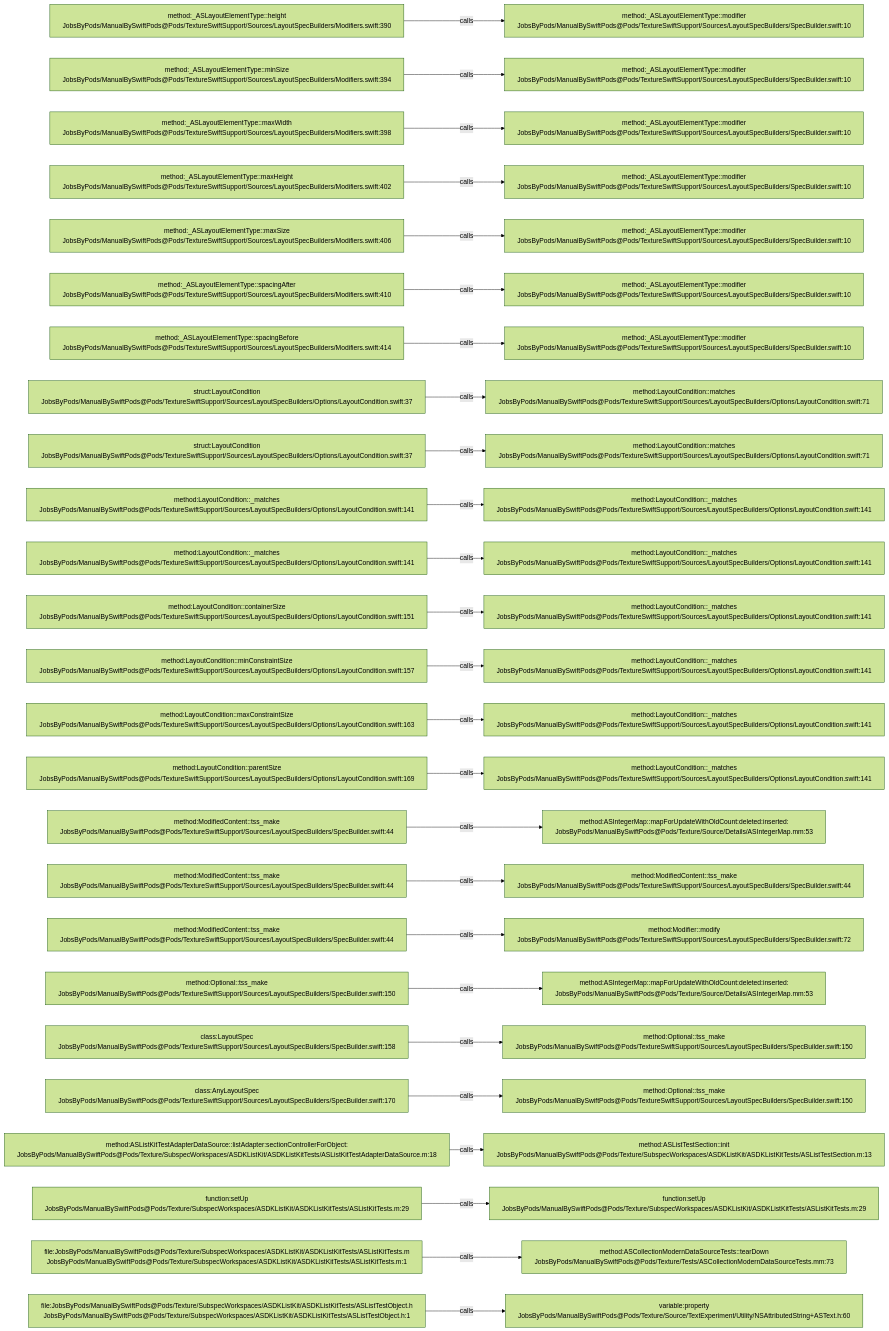
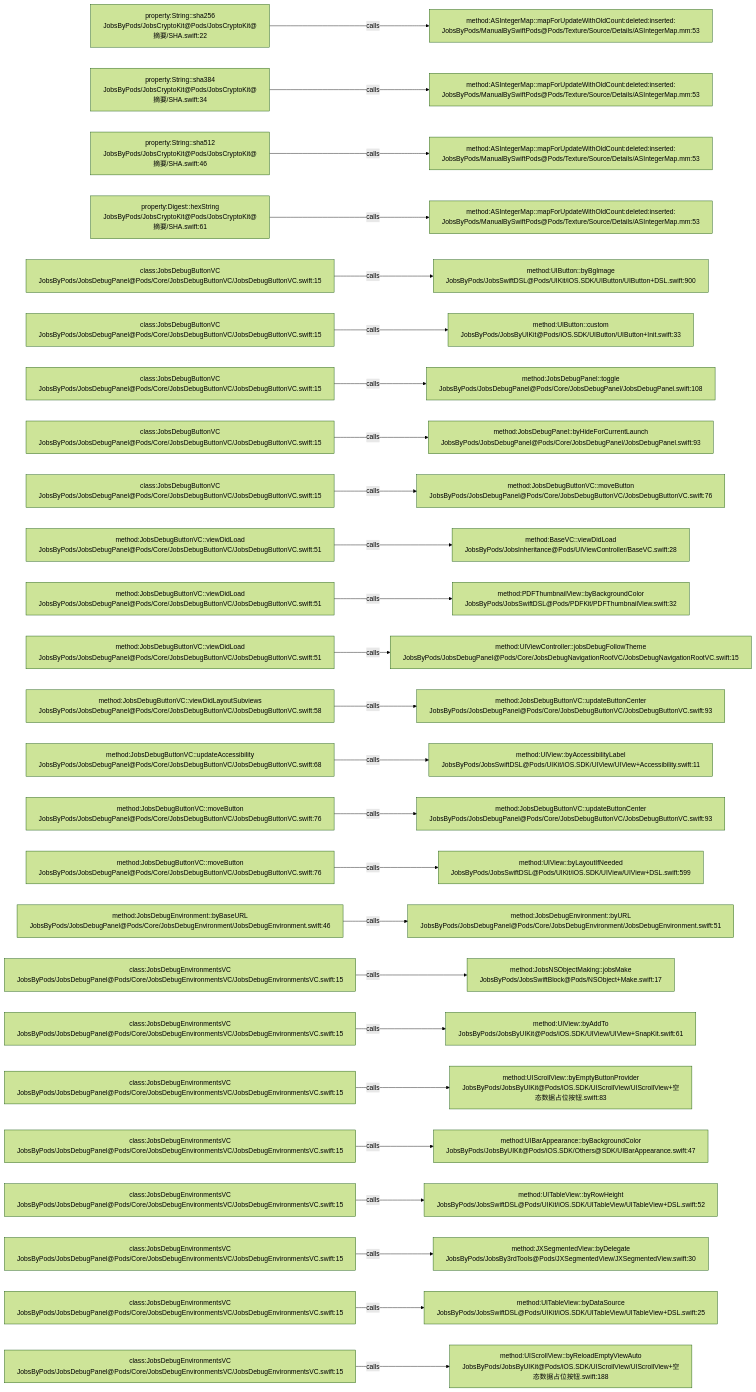
One commit to JobsKits/JobsSwiftBaseConfigDemo changed the diagram in .codegraph/codegraph.md/graphs/calls-159.md. Above: the diagram before and after it, drawn with Mermaid (forest theme). The commit also changed 224 other files, not shown here.

````diff
--- a/.codegraph/codegraph.md/graphs/calls-159.md
+++ b/.codegraph/codegraph.md/graphs/calls-159.md
@@ -13,78 +13,78 @@
 ```mermaid
 flowchart LR
-  S1["method:_ASLayoutElementType::height<br/>JobsByPods/ManualBySwiftPods@Pods/TextureSwiftSupport/Sources/LayoutSpecBuilders/Modifiers.swift:390"]
-  T1["method:_ASLayoutElementType::modifier<br/>JobsByPods/ManualBySwiftPods@Pods/TextureSwiftSupport/Sources/LayoutSpecBuilders/SpecBuilder.swift:10"]
+  S1["property:String::sha256<br/>JobsByPods/JobsCryptoKit@Pods/JobsCryptoKit@摘要/SHA.swift:22"]
+  T1["method:ASIntegerMap::mapForUpdateWithOldCount:deleted:inserted:<br/>JobsByPods/ManualBySwiftPods@Pods/Texture/Source/Details/ASIntegerMap.mm:53"]
   S1 -->|calls| T1
-  S2["method:_ASLayoutElementType::minSize<br/>JobsByPods/ManualBySwiftPods@Pods/TextureSwiftSupport/Sources/LayoutSpecBuilders/Modifiers.swift:394"]
-  T2["method:_ASLayoutElementType::modifier<br/>JobsByPods/ManualBySwiftPods@Pods/TextureSwiftSupport/Sources/LayoutSpecBuilders/SpecBuilder.swift:10"]
+  S2["property:String::sha384<br/>JobsByPods/JobsCryptoKit@Pods/JobsCryptoKit@摘要/SHA.swift:34"]
+  T2["method:ASIntegerMap::mapForUpdateWithOldCount:deleted:inserted:<br/>JobsByPods/ManualBySwiftPods@Pods/Texture/Source/Details/ASIntegerMap.mm:53"]
   S2 -->|calls| T2
-  S3["method:_ASLayoutElementType::maxWidth<br/>JobsByPods/ManualBySwiftPods@Pods/TextureSwiftSupport/Sources/LayoutSpecBuilders/Modifiers.swift:398"]
-  T3["method:_ASLayoutElementType::modifier<br/>JobsByPods/ManualBySwiftPods@Pods/TextureSwiftSupport/Sources/LayoutSpecBuilders/SpecBuilder.swift:10"]
+  S3["property:String::sha512<br/>JobsByPods/JobsCryptoKit@Pods/JobsCryptoKit@摘要/SHA.swift:46"]
+  T3["method:ASIntegerMap::mapForUpdateWithOldCount:deleted:inserted:<br/>JobsByPods/ManualBySwiftPods@Pods/Texture/Source/Details/ASIntegerMap.mm:53"]
   S3 -->|calls| T3
-  S4["method:_ASLayoutElementType::maxHeight<br/>JobsByPods/ManualBySwiftPods@Pods/TextureSwiftSupport/Sources/LayoutSpecBuilders/Modifiers.swift:402"]
-  T4["method:_ASLayoutElementType::modifier<br/>JobsByPods/ManualBySwiftPods@Pods/TextureSwiftSupport/Sources/LayoutSpecBuilders/SpecBuilder.swift:10"]
+  S4["property:Digest::hexString<br/>JobsByPods/JobsCryptoKit@Pods/JobsCryptoKit@摘要/SHA.swift:61"]
+  T4["method:ASIntegerMap::mapForUpdateWithOldCount:deleted:inserted:<br/>JobsByPods/ManualBySwiftPods@Pods/Texture/Source/Details/ASIntegerMap.mm:53"]
   S4 -->|calls| T4
-  S5["method:_ASLayoutElementType::maxSize<br/>JobsByPods/ManualBySwiftPods@Pods/TextureSwiftSupport/Sources/LayoutSpecBuilders/Modifiers.swift:406"]
-  T5["method:_ASLayoutElementType::modifier<br/>JobsByPods/ManualBySwiftPods@Pods/TextureSwiftSupport/Sources/LayoutSpecBuilders/SpecBuilder.swift:10"]
+  S5["class:JobsDebugButtonVC<br/>JobsByPods/JobsDebugPanel@Pods/Core/JobsDebugButtonVC/JobsDebugButtonVC.swift:15"]
+  T5["method:UIButton::byBgImage<br/>JobsByPods/JobsSwiftDSL@Pods/UIKit/iOS.SDK/UIButton/UIButton+DSL.swift:900"]
   S5 -->|calls| T5
-  S6["method:_ASLayoutElementType::spacingAfter<br/>JobsByPods/ManualBySwiftPods@Pods/TextureSwiftSupport/Sources/LayoutSpecBuilders/Modifiers.swift:410"]
-  T6["method:_ASLayoutElementType::modifier<br/>JobsByPods/ManualBySwiftPods@Pods/TextureSwiftSupport/Sources/LayoutSpecBuilders/SpecBuilder.swift:10"]
+  S6["class:JobsDebugButtonVC<br/>JobsByPods/JobsDebugPanel@Pods/Core/JobsDebugButtonVC/JobsDebugButtonVC.swift:15"]
+  T6["method:UIButton::custom<br/>JobsByPods/JobsByUIKit@Pods/iOS.SDK/UIButton/UIButton+Init.swift:33"]
   S6 -->|calls| T6
-  S7["method:_ASLayoutElementType::spacingBefore<br/>JobsByPods/ManualBySwiftPods@Pods/TextureSwiftSupport/Sources/LayoutSpecBuilders/Modifiers.swift:414"]
-  T7["method:_ASLayoutElementType::modifier<br/>JobsByPods/ManualBySwiftPods@Pods/TextureSwiftSupport/Sources/LayoutSpecBuilders/SpecBuilder.swift:10"]
+  S7["class:JobsDebugButtonVC<br/>JobsByPods/JobsDebugPanel@Pods/Core/JobsDebugButtonVC/JobsDebugButtonVC.swift:15"]
+  T7["method:JobsDebugPanel::toggle<br/>JobsByPods/JobsDebugPanel@Pods/Core/JobsDebugPanel/JobsDebugPanel.swift:108"]
   S7 -->|calls| T7
-  S8["struct:LayoutCondition<br/>JobsByPods/ManualBySwiftPods@Pods/TextureSwiftSupport/Sources/LayoutSpecBuilders/Options/LayoutCondition.swift:37"]
-  T8["method:LayoutCondition::matches<br/>JobsByPods/ManualBySwiftPods@Pods/TextureSwiftSupport/Sources/LayoutSpecBuilders/Options/LayoutCondition.swift:71"]
+  S8["class:JobsDebugButtonVC<br/>JobsByPods/JobsDebugPanel@Pods/Core/JobsDebugButtonVC/JobsDebugButtonVC.swift:15"]
+  T8["method:JobsDebugPanel::byHideForCurrentLaunch<br/>JobsByPods/JobsDebugPanel@Pods/Core/JobsDebugPanel/JobsDebugPanel.swift:93"]
   S8 -->|calls| T8
-  S9["struct:LayoutCondition<br/>JobsByPods/ManualBySwiftPods@Pods/TextureSwiftSupport/Sources/LayoutSpecBuilders/Options/LayoutCondition.swift:37"]
-  T9["method:LayoutCondition::matches<br/>JobsByPods/ManualBySwiftPods@Pods/TextureSwiftSupport/Sources/LayoutSpecBuilders/Options/LayoutCondition.swift:71"]
+  S9["class:JobsDebugButtonVC<br/>JobsByPods/JobsDebugPanel@Pods/Core/JobsDebugButtonVC/JobsDebugButtonVC.swift:15"]
+  T9["method:JobsDebugButtonVC::moveButton<br/>JobsByPods/JobsDebugPanel@Pods/Core/JobsDebugButtonVC/JobsDebugButtonVC.swift:76"]
   S9 -->|calls| T9
-  S10["method:LayoutCondition::_matches<br/>JobsByPods/ManualBySwiftPods@Pods/TextureSwiftSupport/Sources/LayoutSpecBuilders/Options/LayoutCondition.swift:141"]
-  T10["method:LayoutCondition::_matches<br/>JobsByPods/ManualBySwiftPods@Pods/TextureSwiftSupport/Sources/LayoutSpecBuilders/Options/LayoutCondition.swift:141"]
+  S10["method:JobsDebugButtonVC::viewDidLoad<br/>JobsByPods/JobsDebugPanel@Pods/Core/JobsDebugButtonVC/JobsDebugButtonVC.swift:51"]
+  T10["method:BaseVC::viewDidLoad<br/>JobsByPods/JobsInheritance@Pods/UIViewController/BaseVC.swift:28"]
   S10 -->|calls| T10
-  S11["method:LayoutCondition::_matches<br/>JobsByPods/ManualBySwiftPods@Pods/TextureSwiftSupport/Sources/LayoutSpecBuilders/Options/LayoutCondition.swift:141"]
-  T11["method:LayoutCondition::_matches<br/>JobsByPods/ManualBySwiftPods@Pods/TextureSwiftSupport/Sources/LayoutSpecBuilders/Options/LayoutCondition.swift:141"]
+  S11["method:JobsDebugButtonVC::viewDidLoad<br/>JobsByPods/JobsDebugPanel@Pods/Core/JobsDebugButtonVC/JobsDebugButtonVC.swift:51"]
+  T11["method:PDFThumbnailView::byBackgroundColor<br/>JobsByPods/JobsSwiftDSL@Pods/PDFKit/PDFThumbnailView.swift:32"]
   S11 -->|calls| T11
-  S12["method:LayoutCondition::containerSize<br/>JobsByPods/ManualBySwiftPods@Pods/TextureSwiftSupport/Sources/LayoutSpecBuilders/Options/LayoutCondition.swift:151"]
-  T12["method:LayoutCondition::_matches<br/>JobsByPods/ManualBySwiftPods@Pods/TextureSwiftSupport/Sources/LayoutSpecBuilders/Options/LayoutCondition.swift:141"]
+  S12["method:JobsDebugButtonVC::viewDidLoad<br/>JobsByPods/JobsDebugPanel@Pods/Core/JobsDebugButtonVC/JobsDebugButtonVC.swift:51"]
+  T12["method:UIViewController::jobsDebugFollowTheme<br/>JobsByPods/JobsDebugPanel@Pods/Core/JobsDebugNavigationRootVC/JobsDebugNavigationRootVC.swift:15"]
   S12 -->|calls| T12
-  S13["method:LayoutCondition::minConstraintSize<br/>JobsByPods/ManualBySwiftPods@Pods/TextureSwiftSupport/Sources/LayoutSpecBuilders/Options/LayoutCondition.swift:157"]
-  T13["method:LayoutCondition::_matches<br/>JobsByPods/ManualBySwiftPods@Pods/TextureSwiftSupport/Sources/LayoutSpecBuilders/Options/LayoutCondition.swift:141"]
+  S13["method:JobsDebugButtonVC::viewDidLayoutSubviews<br/>JobsByPods/JobsDebugPanel@Pods/Core/JobsDebugButtonVC/JobsDebugButtonVC.swift:58"]
+  T13["method:JobsDebugButtonVC::updateButtonCenter<br/>JobsByPods/JobsDebugPanel@Pods/Core/JobsDebugButtonVC/JobsDebugButtonVC.swift:93"]
   S13 -->|calls| T13
-  S14["method:LayoutCondition::maxConstraintSize<br/>JobsByPods/ManualBySwiftPods@Pods/TextureSwiftSupport/Sources/LayoutSpecBuilders/Options/LayoutCondition.swift:163"]
-  T14["method:LayoutCondition::_matches<br/>JobsByPods/ManualBySwiftPods@Pods/TextureSwiftSupport/Sources/LayoutSpecBuilders/Options/LayoutCondition.swift:141"]
+  S14["method:JobsDebugButtonVC::updateAccessibility<br/>JobsByPods/JobsDebugPanel@Pods/Core/JobsDebugButtonVC/JobsDebugButtonVC.swift:68"]
+  T14["method:UIView::byAccessibilityLabel<br/>JobsByPods/JobsSwiftDSL@Pods/UIKit/iOS.SDK/UIView/UIView+Accessibility.swift:11"]
   S14 -->|calls| T14
-  S15["method:LayoutCondition::parentSize<br/>JobsByPods/ManualBySwiftPods@Pods/TextureSwiftSupport/Sources/LayoutSpecBuilders/Options/LayoutCondition.swift:169"]
-  T15["method:LayoutCondition::_matches<br/>JobsByPods/ManualBySwiftPods@Pods/TextureSwiftSupport/Sources/LayoutSpecBuilders/Options/LayoutCondition.swift:141"]
+  S15["method:JobsDebugButtonVC::moveButton<br/>JobsByPods/JobsDebugPanel@Pods/Core/JobsDebugButtonVC/JobsDebugButtonVC.swift:76"]
+  T15["method:JobsDebugButtonVC::updateButtonCenter<br/>JobsByPods/JobsDebugPanel@Pods/Core/JobsDebugButtonVC/JobsDebugButtonVC.swift:93"]
   S15 -->|calls| T15
-  S16["method:ModifiedContent::tss_make<br/>JobsByPods/ManualBySwiftPods@Pods/TextureSwiftSupport/Sources/LayoutSpecBuilders/SpecBuilder.swift:44"]
-  T16["method:ASIntegerMap::mapForUpdateWithOldCount:deleted:inserted:<br/>JobsByPods/ManualBySwiftPods@Pods/Texture/Source/Details/ASIntegerMap.mm:53"]
+  S16["method:JobsDebugButtonVC::moveButton<br/>JobsByPods/JobsDebugPanel@Pods/Core/JobsDebugButtonVC/JobsDebugButtonVC.swift:76"]
+  T16["method:UIView::byLayoutIfNeeded<br/>JobsByPods/JobsSwiftDSL@Pods/UIKit/iOS.SDK/UIView/UIView+DSL.swift:599"]
   S16 -->|calls| T16
-  S17["method:ModifiedContent::tss_make<br/>JobsByPods/ManualBySwiftPods@Pods/TextureSwiftSupport/Sources/LayoutSpecBuilders/SpecBuilder.swift:44"]
-  T17["method:ModifiedContent::tss_make<br/>JobsByPods/ManualBySwiftPods@Pods/TextureSwiftSupport/Sources/LayoutSpecBuilders/SpecBuilder.swift:44"]
+  S17["method:JobsDebugEnvironment::byBaseURL<br/>JobsByPods/JobsDebugPanel@Pods/Core/JobsDebugEnvironment/JobsDebugEnvironment.swift:46"]
+  T17["method:JobsDebugEnvironment::byURL<br/>JobsByPods/JobsDebugPanel@Pods/Core/JobsDebugEnvironment/JobsDebugEnvironment.swift:51"]
   S17 -->|calls| T17
-  S18["method:ModifiedContent::tss_make<br/>JobsByPods/ManualBySwiftPods@Pods/TextureSwiftSupport/Sources/LayoutSpecBuilders/SpecBuilder.swift:44"]
-  T18["method:Modifier::modify<br/>JobsByPods/ManualBySwiftPods@Pods/TextureSwiftSupport/Sources/LayoutSpecBuilders/SpecBuilder.swift:72"]
+  S18["class:JobsDebugEnvironmentsVC<br/>JobsByPods/JobsDebugPanel@Pods/Core/JobsDebugEnvironmentsVC/JobsDebugEnvironmentsVC.swift:15"]
+  T18["method:JobsNSObjectMaking::jobsMake<br/>JobsByPods/JobsSwiftBlock@Pods/NSObject+Make.swift:17"]
   S18 -->|calls| T18
-  S19["method:Optional::tss_make<br/>JobsByPods/ManualBySwiftPods@Pods/TextureSwiftSupport/Sources/LayoutSpecBuilders/SpecBuilder.swift:150"]
-  T19["method:ASIntegerMap::mapForUpdateWithOldCount:deleted:inserted:<br/>JobsByPods/ManualBySwiftPods@Pods/Texture/Source/Details/ASIntegerMap.mm:53"]
+  S19["class:JobsDebugEnvironmentsVC<br/>JobsByPods/JobsDebugPanel@Pods/Core/JobsDebugEnvironmentsVC/JobsDebugEnvironmentsVC.swift:15"]
+  T19["method:UIView::byAddTo<br/>JobsByPods/JobsByUIKit@Pods/iOS.SDK/UIView/UIView+SnapKit.swift:61"]
   S19 -->|calls| T19
-  S20["class:LayoutSpec<br/>JobsByPods/ManualBySwiftPods@Pods/TextureSwiftSupport/Sources/LayoutSpecBuilders/SpecBuilder.swift:158"]
-  T20["method:Optional::tss_make<br/>JobsByPods/ManualBySwiftPods@Pods/TextureSwiftSupport/Sources/LayoutSpecBuilders/SpecBuilder.swift:150"]
+  S20["class:JobsDebugEnvironmentsVC<br/>JobsByPods/JobsDebugPanel@Pods/Core/JobsDebugEnvironmentsVC/JobsDebugEnvironmentsVC.swift:15"]
+  T20["method:UIScrollView::byEmptyButtonProvider<br/>JobsByPods/JobsByUIKit@Pods/iOS.SDK/UIScrollView/UIScrollView+空态数据占位按钮.swift:83"]
   S20 -->|calls| T20
-  S21["class:AnyLayoutSpec<br/>JobsByPods/ManualBySwiftPods@Pods/TextureSwiftSupport/Sources/LayoutSpecBuilders/SpecBuilder.swift:170"]
-  T21["method:Optional::tss_make<br/>JobsByPods/ManualBySwiftPods@Pods/TextureSwiftSupport/Sources/LayoutSpecBuilders/SpecBuilder.swift:150"]
+  S21["class:JobsDebugEnvironmentsVC<br/>JobsByPods/JobsDebugPanel@Pods/Core/JobsDebugEnvironmentsVC/JobsDebugEnvironmentsVC.swift:15"]
+  T21["method:UIBarAppearance::byBackgroundColor<br/>JobsByPods/JobsByUIKit@Pods/iOS.SDK/Others@SDK/UIBarAppearance.swift:47"]
   S21 -->|calls| T21
-  S22["method:ASListKitTestAdapterDataSource::listAdapter:sectionControllerForObject:<br/>JobsByPods/ManualBySwiftPods@Pods/Texture/SubspecWorkspaces/ASDKListKit/ASDKListKitTests/ASListKitTestAdapterDataSource.m:18"]
-  T22["method:ASListTestSection::init<br/>JobsByPods/ManualBySwiftPods@Pods/Texture/SubspecWorkspaces/ASDKListKit/ASDKListKitTests/ASListTestSection.m:13"]
+  S22["class:JobsDebugEnvironmentsVC<br/>JobsByPods/JobsDebugPanel@Pods/Core/JobsDebugEnvironmentsVC/JobsDebugEnvironmentsVC.swift:15"]
+  T22["method:UITableView::byRowHeight<br/>JobsByPods/JobsSwiftDSL@Pods/UIKit/iOS.SDK/UITableView/UITableView+DSL.swift:52"]
   S22 -->|calls| T22
-  S23["function:setUp<br/>JobsByPods/ManualBySwiftPods@Pods/Texture/SubspecWorkspaces/ASDKListKit/ASDKListKitTests/ASListKitTests.m:29"]
-  T23["function:setUp<br/>JobsByPods/ManualBySwiftPods@Pods/Texture/SubspecWorkspaces/ASDKListKit/ASDKListKitTests/ASListKitTests.m:29"]
+  S23["class:JobsDebugEnvironmentsVC<br/>JobsByPods/JobsDebugPanel@Pods/Core/JobsDebugEnvironmentsVC/JobsDebugEnvironmentsVC.swift:15"]
+  T23["method:JXSegmentedView::byDelegate<br/>JobsByPods/JobsBy3rdTools@Pods/JXSegmentedView/JXSegmentedView.swift:30"]
   S23 -->|calls| T23
-  S24["file:JobsByPods/ManualBySwiftPods@Pods/Texture/SubspecWorkspaces/ASDKListKit/ASDKListKitTests/ASListKitTests.m<br/>JobsByPods/ManualBySwiftPods@Pods/Texture/SubspecWorkspaces/ASDKListKit/ASDKListKitTests/ASListKitTests.m:1"]
-  T24["method:ASCollectionModernDataSourceTests::tearDown<br/>JobsByPods/ManualBySwiftPods@Pods/Texture/Tests/ASCollectionModernDataSourceTests.mm:73"]
+  S24["class:JobsDebugEnvironmentsVC<br/>JobsByPods/JobsDebugPanel@Pods/Core/JobsDebugEnvironmentsVC/JobsDebugEnvironmentsVC.swift:15"]
+  T24["method:UITableView::byDataSource<br/>JobsByPods/JobsSwiftDSL@Pods/UIKit/iOS.SDK/UITableView/UITableView+DSL.swift:25"]
   S24 -->|calls| T24
-  S25["file:JobsByPods/ManualBySwiftPods@Pods/Texture/SubspecWorkspaces/ASDKListKit/ASDKListKitTests/ASListTestObject.h<br/>JobsByPods/ManualBySwiftPods@Pods/Texture/SubspecWorkspaces/ASDKListKit/ASDKListKitTests/ASListTestObject.h:1"]
-  T25["variable:property<br/>JobsByPods/ManualBySwiftPods@Pods/Texture/Source/TextExperiment/Utility/NSAttributedString+ASText.h:60"]
+  S25["class:JobsDebugEnvironmentsVC<br/>JobsByPods/JobsDebugPanel@Pods/Core/JobsDebugEnvironmentsVC/JobsDebugEnvironmentsVC.swift:15"]
+  T25["method:UIScrollView::byReloadEmptyViewAuto<br/>JobsByPods/JobsByUIKit@Pods/iOS.SDK/UIScrollView/UIScrollView+空态数据占位按钮.swift:188"]
   S25 -->|calls| T25
 ```
````
